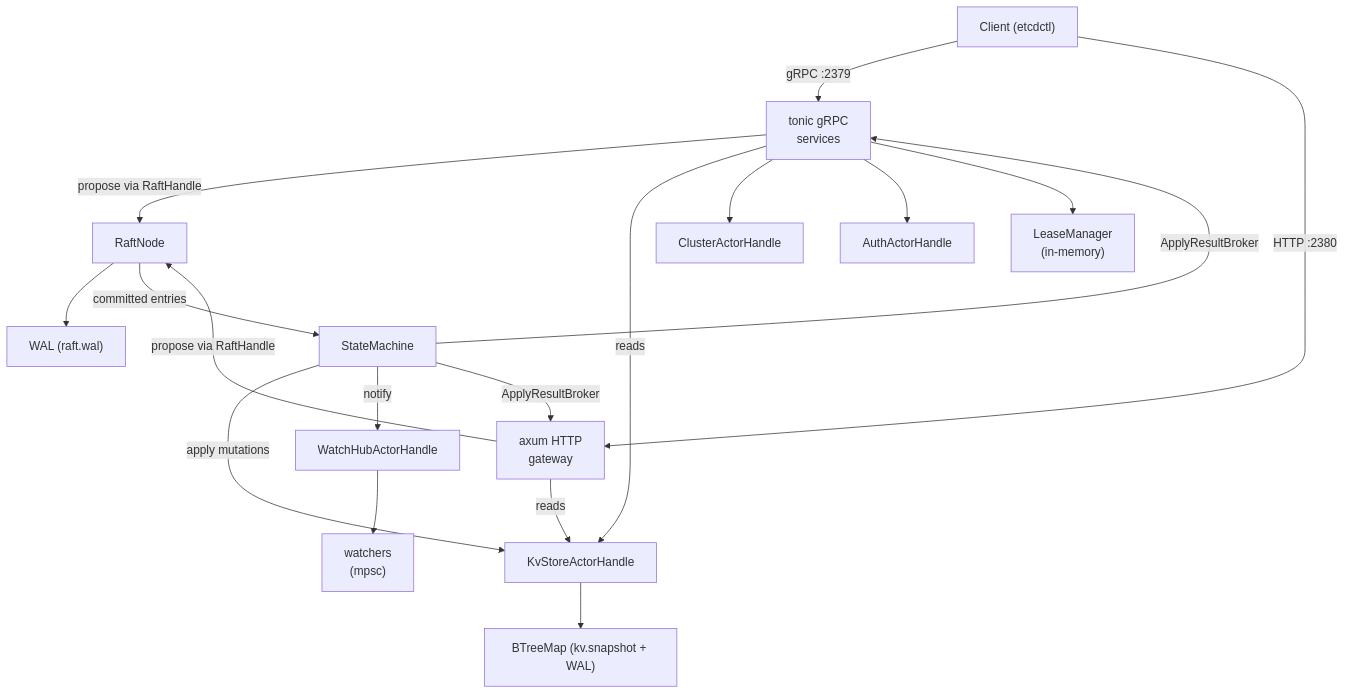
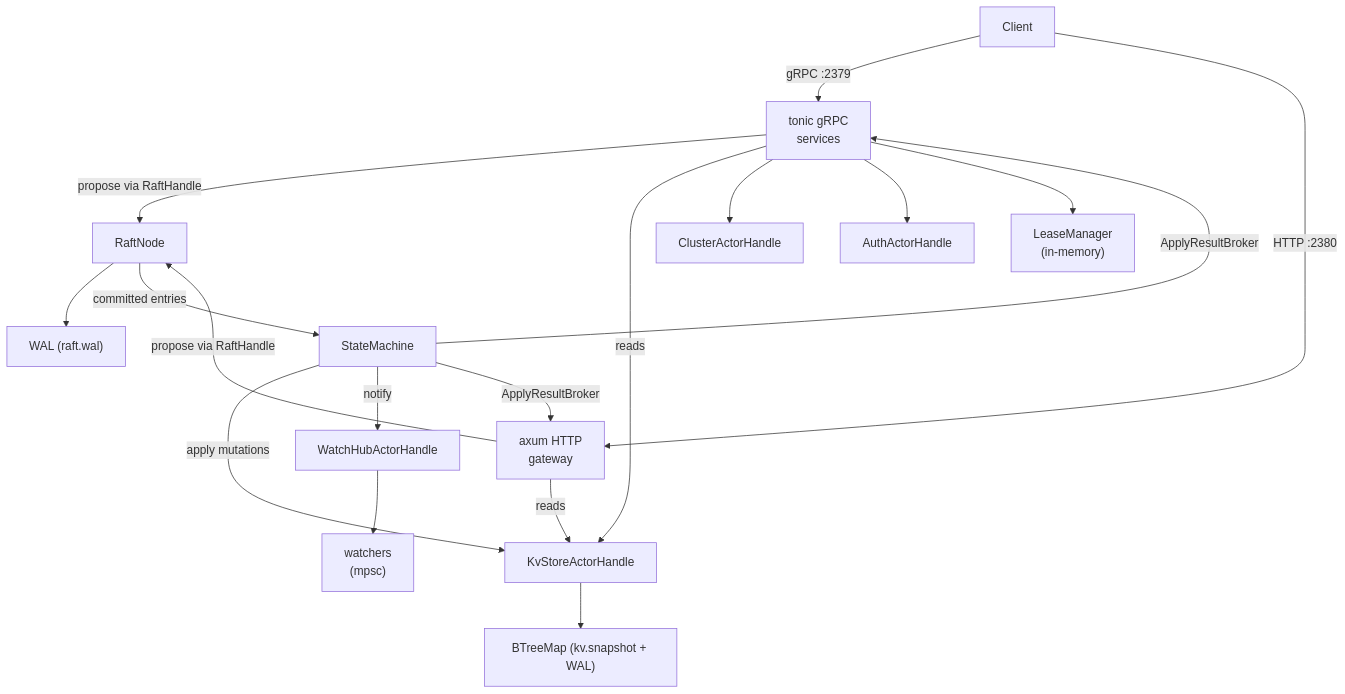
Before and after one commit to alexandernicholson/barkeeper: the tenth of 10 diagrams in docs/architecture.md, drawn with Mermaid. The commit also changed other lines of this file and 4 other files, not shown here.

````diff
--- a/docs/architecture.md
+++ b/docs/architecture.md
@@ -655,21 +652,21 @@
 ```mermaid
 graph TD
-    Client["Client (etcdctl)"]
+    Client["Client"]
     Client -->|"gRPC :2379"| GRPC["tonic gRPC<br>services"]
     Client -->|"HTTP :2380"| HTTP["axum HTTP<br>gateway"]
     GRPC -->|"propose via RaftHandle"| Raft["RaftNode"]
     HTTP -->|"propose via RaftHandle"| Raft
     Raft --> RDB["WAL (raft.wal)"]
     Raft -->|"committed entries"| SM["StateMachine"]
     SM -->|"apply mutations"| KVA["KvStoreActorHandle"]
     SM -->|"notify"| WHA["WatchHubActorHandle"]
     SM -->|"ApplyResultBroker"| GRPC
     SM -->|"ApplyResultBroker"| HTTP
     KVA --> KVDB["BTreeMap (kv.snapshot + WAL)"]
     WHA --> W["watchers<br>(mpsc)"]
     GRPC -->|"reads"| KVA
     HTTP -->|"reads"| KVA
     GRPC --> CA["ClusterActorHandle"]
     GRPC --> AA["AuthActorHandle"]
     GRPC --> LM["LeaseManager<br>(in-memory)"]
 ```
````
